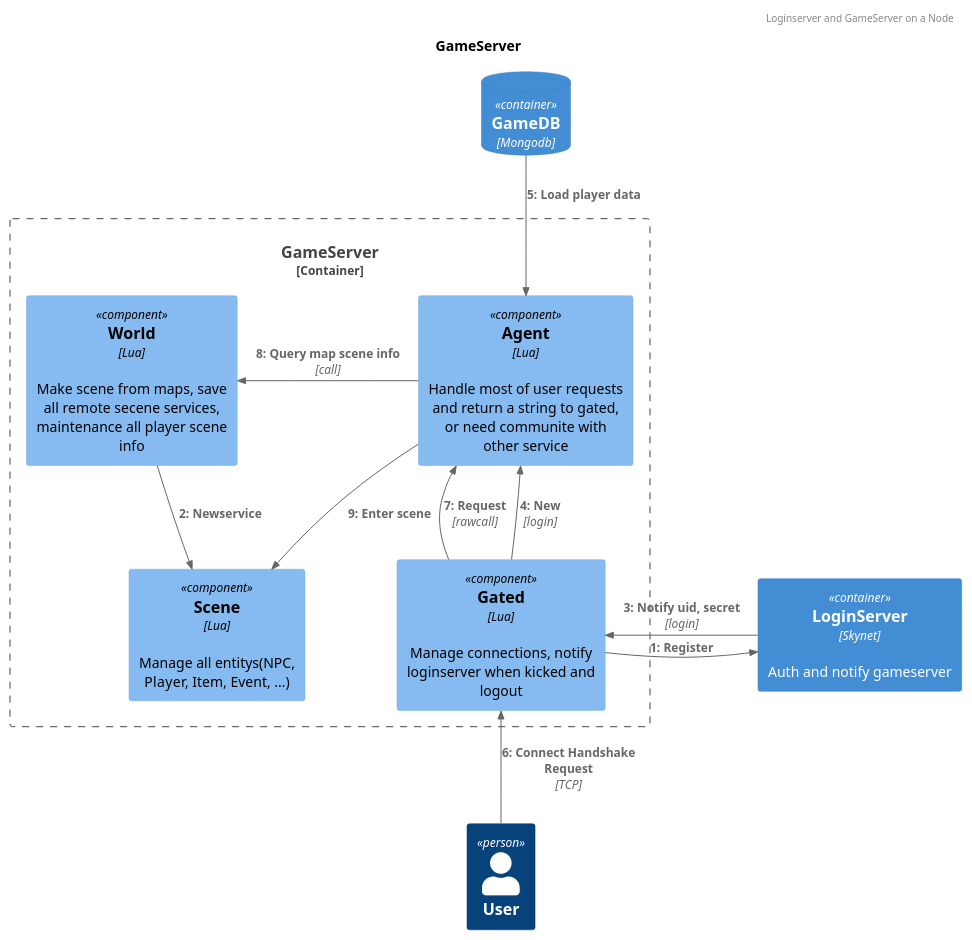
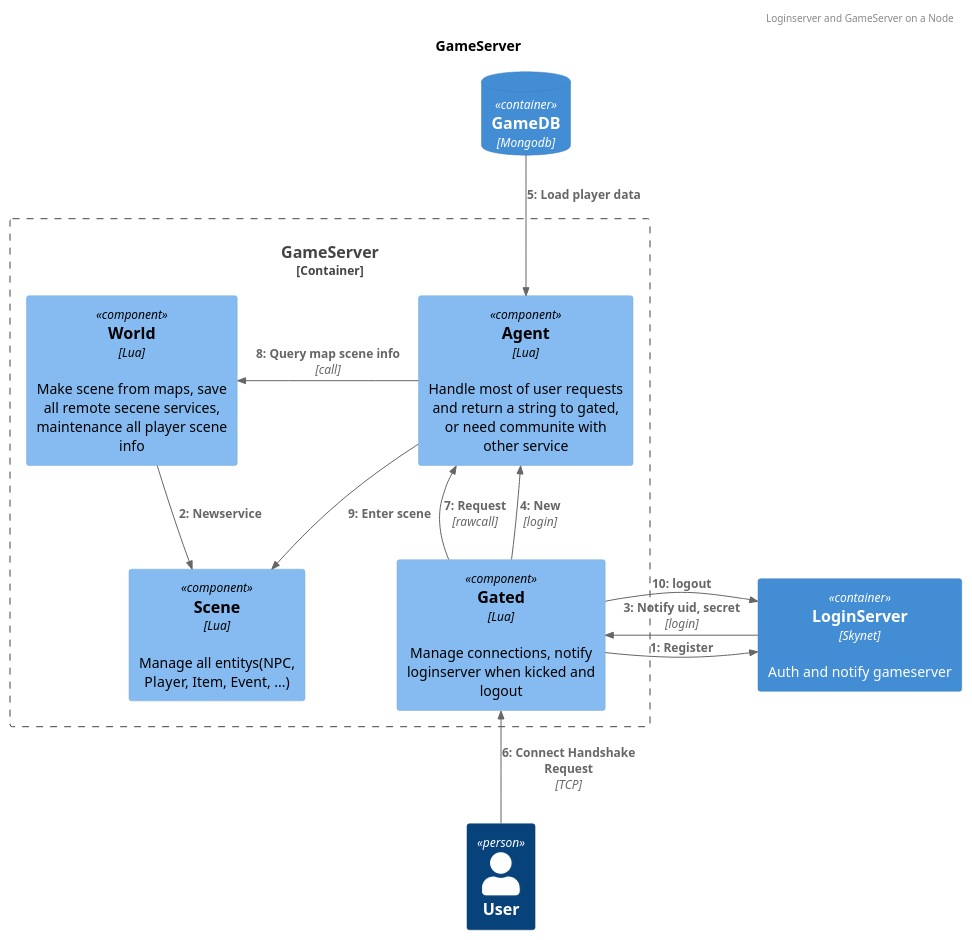
The diagram in docs/gameserver.puml (Gowa2017/skynetgame), drawn with PlantUML before and after one commit. The commit also changed 2 other files, not shown here.

```diff
--- a/docs/gameserver.puml
+++ b/docs/gameserver.puml
@@ -1,27 +1,28 @@
 @startuml GameSever
 title GameServer
 header Loginserver and GameServer on a Node
 skinparam DefaultFontName WenQuanYi Zen Hei
 skinparam DefaultMonospacedFontName UbuntuMono-R
 !include C4_Component.puml
 !include C4_Dynamic.puml
 Person(user, "User")
 ContainerDb(gameDb, "GameDB", "Mongodb")
 Container(loginServer, "LoginServer", "Skynet","Auth and notify gameserver")
 Container_Boundary(gameServer, "GameServer"){
     Component(gated, "Gated", "Lua","Manage connections, notify loginserver when kicked and logout")
     Component(agent, "Agent", "Lua","Handle most of user requests and return a string to gated, or need communite with other service")
     Component(world, "World", "Lua","Make scene from maps, save all remote secene services, maintenance all player scene info")
     Component(scene, "Scene", "Lua","Manage all entitys(NPC, Player, Item, Event, ...)")
 }
 
 Rel_R(gated,loginServer,"Register")
 Rel(world,scene,"Newservice")
 Rel_L(loginServer, gated,"Notify uid, secret","login")
 Rel_U(gated, agent,"New","login")
 Rel_D(gameDb, agent,"Load player data")
 Rel_U(user, gated,"Connect Handshake Request","TCP")
 Rel_U(gated, agent,"Request","rawcall")
 Rel_L(agent,world,"Query map scene info","call")
 Rel_D(agent,scene,"Enter scene")
+Rel_Neighbor(gated,loginServer,"logout")
 @enduml
```
